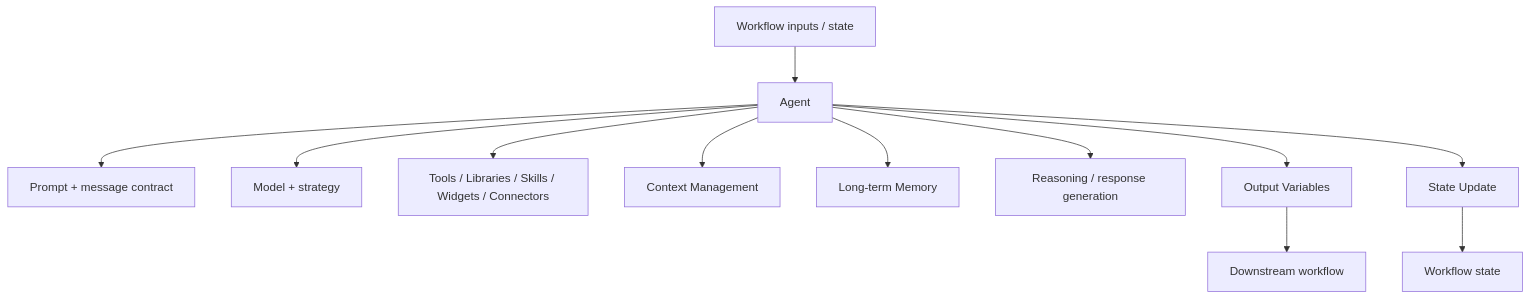
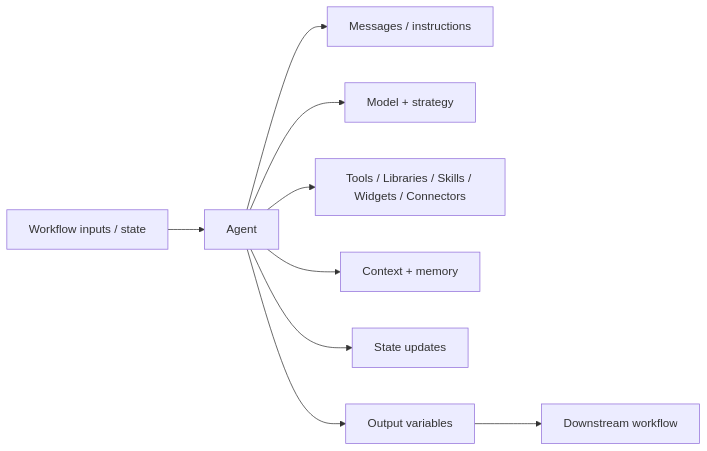
The diagram in 02-Orchestration-Primitives/Agent.md (adityarane-ai/QI-Studio-Playbook), drawn with Mermaid before and after one commit. The commit also changed other lines of this file, not shown here.

Commit message:
rewrite Agent canonical page and remove stale links/redundancy

````diff
--- a/02-Orchestration-Primitives/Agent.md
+++ b/02-Orchestration-Primitives/Agent.md
@@ -16,14 +11,11 @@
 ```mermaid
-flowchart TB
-    IN[Workflow inputs / state] --> A[Agent]
-    A --> P[Prompt + message contract]
+flowchart LR
+    I[Workflow inputs / state] --> A[Agent]
+    A --> P[Messages / instructions]
     A --> M[Model + strategy]
-    A --> X[Tools / Libraries / Skills / Widgets / Connectors]
-    A --> C[Context Management]
-    A --> L[Long-term Memory]
-    A --> R[Reasoning / response generation]
-    A --> O[Output Variables]
-    A --> S[State Update]
-    O --> NEXT[Downstream workflow]
-    S --> STATE[Workflow state]
+    A --> T[Tools / Libraries / Skills / Widgets / Connectors]
+    A --> C[Context + memory]
+    A --> S[State updates]
+    A --> O[Output variables]
+    O --> N[Downstream workflow]
 ```
````
